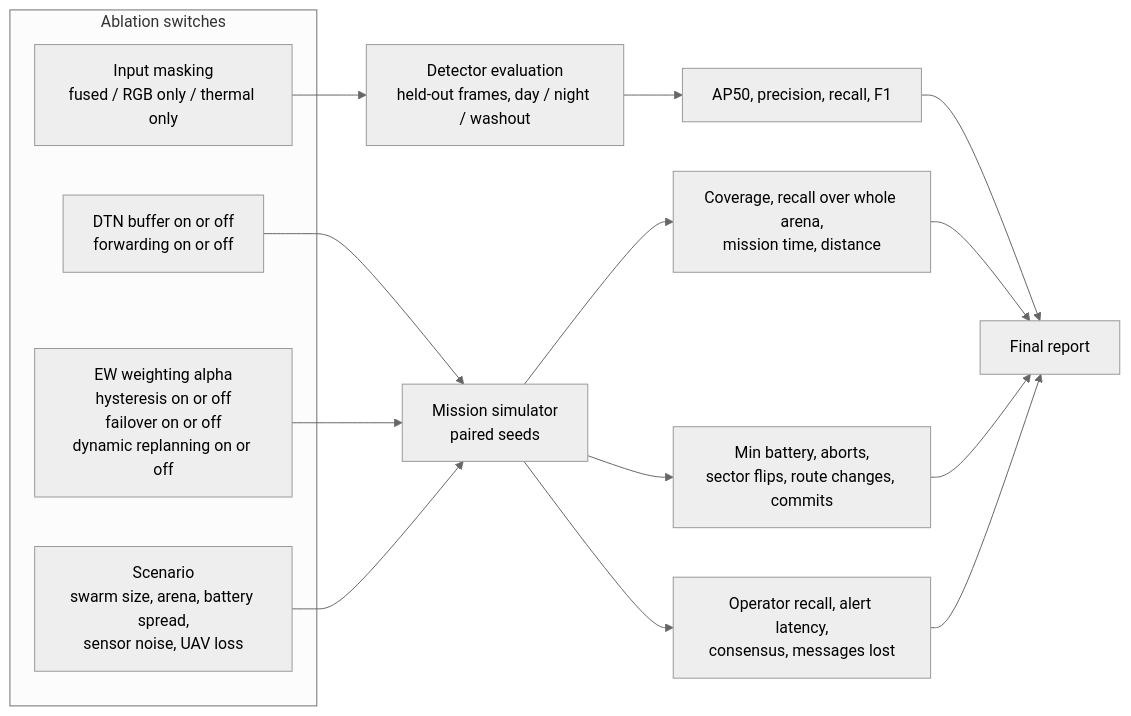
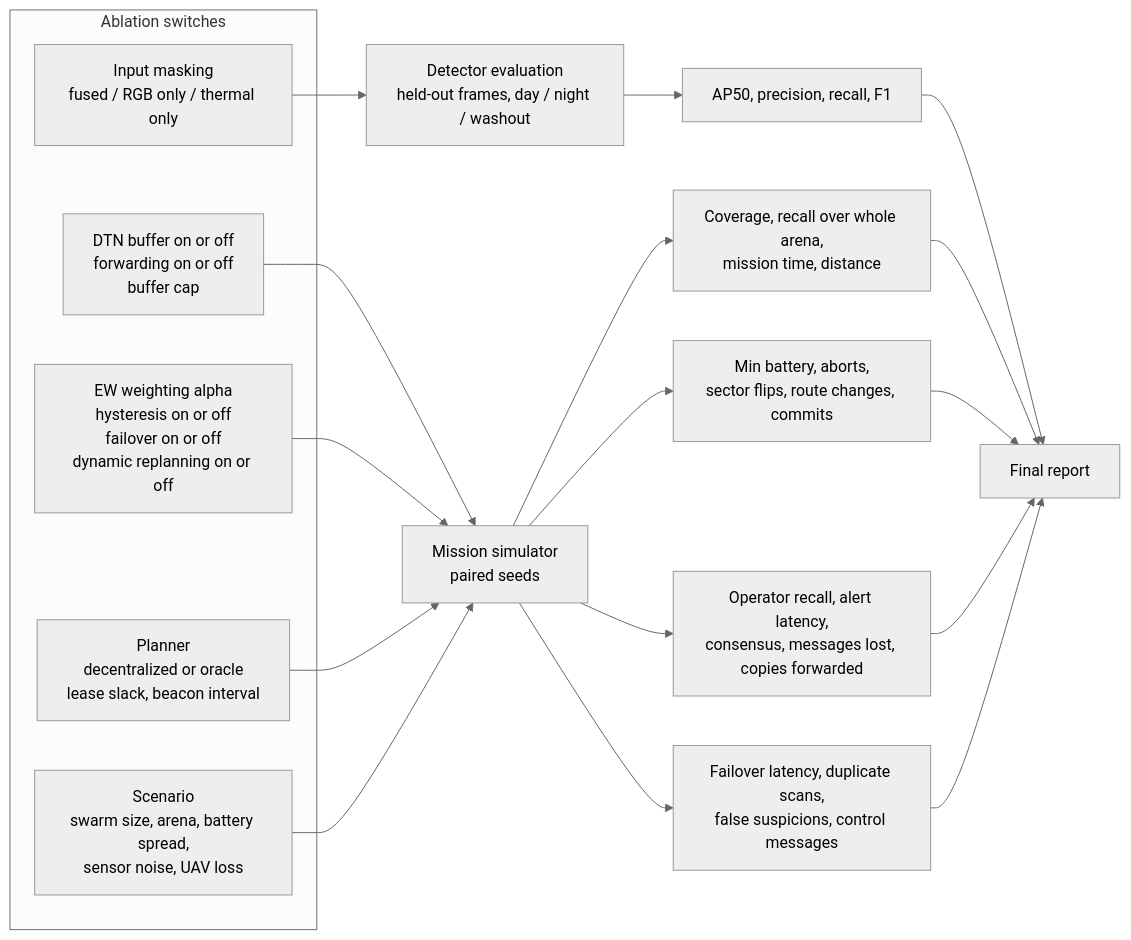
One commit to CodeWithDevesh/FlyNetSim changed the ninth of 9 diagrams in docs/ARCHITECTURE_PROPOSAL.md. Above: the diagram before and after it, drawn with Mermaid (neutral theme). The commit also changed other lines of this file, not shown here.

Commit message:
docs: update architecture diagrams for decentralized control and store-carry-forward

````diff
--- a/docs/ARCHITECTURE_PROPOSAL.md
+++ b/docs/ARCHITECTURE_PROPOSAL.md
@@ -278,24 +289,28 @@
 ```mermaid
 flowchart LR
   subgraph KNOBS["Ablation switches"]
     K1["Input masking<br/>fused / RGB only / thermal only"]
-    K2["DTN buffer on or off<br/>forwarding on or off"]
+    K2["DTN buffer on or off<br/>forwarding on or off<br/>buffer cap"]
     K3["EW weighting alpha<br/>hysteresis on or off<br/>failover on or off<br/>dynamic replanning on or off"]
+    K4["Planner<br/>decentralized or oracle<br/>lease slack, beacon interval"]
     SC["Scenario<br/>swarm size, arena, battery spread,<br/>sensor noise, UAV loss"]
   end
 
   K1 --> EVAL["Detector evaluation<br/>held-out frames, day / night / washout"]
   K2 --> SIMX["Mission simulator<br/>paired seeds"]
   K3 --> SIMX
+  K4 --> SIMX
   SC --> SIMX
 
   EVAL --> M1["AP50, precision, recall, F1"]
   SIMX --> M2["Coverage, recall over whole arena,<br/>mission time, distance"]
   SIMX --> M3["Min battery, aborts,<br/>sector flips, route changes, commits"]
-  SIMX --> M4["Operator recall, alert latency,<br/>consensus, messages lost"]
+  SIMX --> M4["Operator recall, alert latency,<br/>consensus, messages lost, copies forwarded"]
+  SIMX --> M5["Failover latency, duplicate scans,<br/>false suspicions, control messages"]
 
   M1 --> REP["Final report"]
   M2 --> REP
   M3 --> REP
   M4 --> REP
+  M5 --> REP
 ```
````
